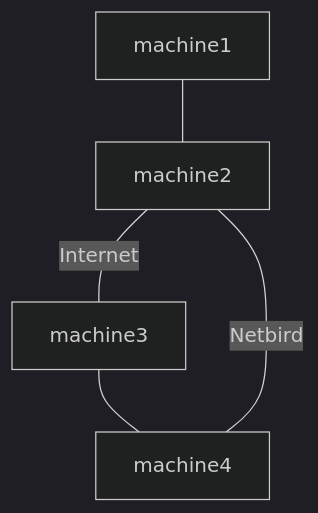
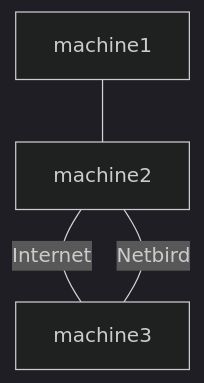
The diagram in README.md (rcambrj/netbird-repro), drawn with Mermaid (dark theme) before and after one commit. The commit also changed 2 other files, not shown here.

Commit message:
simplify test case

````diff
--- a/README.md
+++ b/README.md
@@ -5,7 +5,6 @@
 ```mermaid
 flowchart TD
     A[machine1] --- B[machine2]
     B ---|Internet| C[machine3]
-    C --- D[machine4]
-    B ---|Netbird| D
+    B ---|Netbird| C
 ```
````
